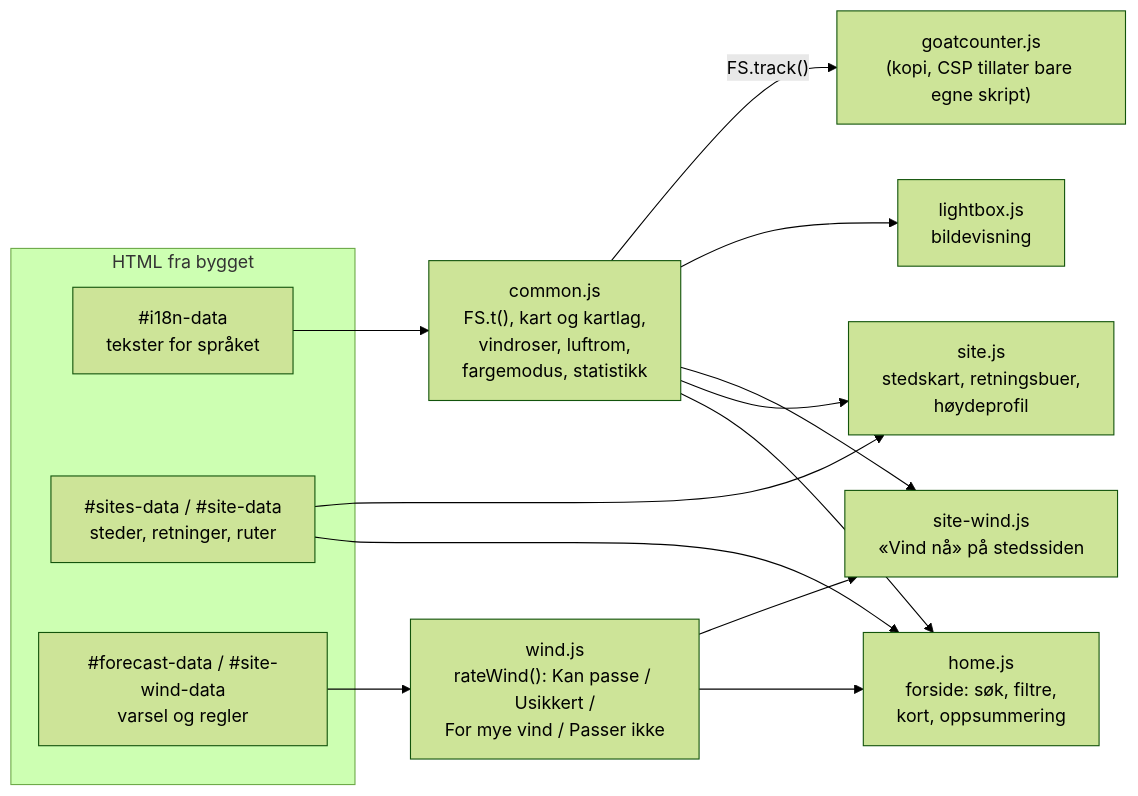
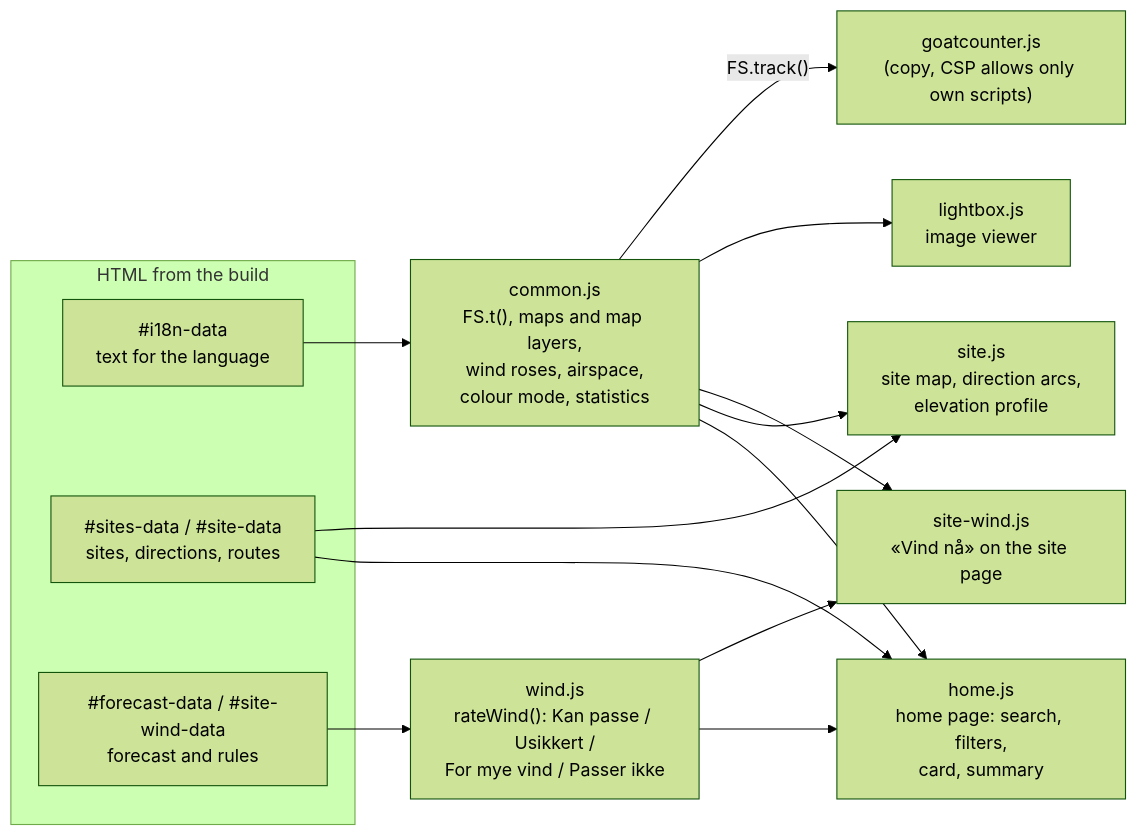
The third of 6 diagrams in docs/architecture.md (hpgt-com/flying-sites), drawn with Mermaid (forest theme) before and after one commit. The commit also changed other lines of this file and 7 other files, not shown here.

````diff
--- a/docs/architecture.md
+++ b/docs/architecture.md
@@ -115,22 +115,22 @@
 ```mermaid
 flowchart LR
-  subgraph page["HTML fra bygget"]
-    j1["#i18n-data<br/>tekster for språket"]
-    j2["#sites-data / #site-data<br/>steder, retninger, ruter"]
-    j3["#forecast-data / #site-wind-data<br/>varsel og regler"]
+  subgraph page["HTML from the build"]
+    j1["#i18n-data<br/>text for the language"]
+    j2["#sites-data / #site-data<br/>sites, directions, routes"]
+    j3["#forecast-data / #site-wind-data<br/>forecast and rules"]
   end
 
-  common["common.js<br/>FS.t(), kart og kartlag,<br/>vindroser, luftrom,<br/>fargemodus, statistikk"]
+  common["common.js<br/>FS.t(), maps and map layers,<br/>wind roses, airspace,<br/>colour mode, statistics"]
   wind["wind.js<br/>rateWind(): Kan passe / Usikkert /<br/>For mye vind / Passer ikke"]
-  home["home.js<br/>forside: søk, filtre,<br/>kort, oppsummering"]
-  site["site.js<br/>stedskart, retningsbuer,<br/>høydeprofil"]
-  sitewind["site-wind.js<br/>«Vind nå» på stedssiden"]
-  lightbox["lightbox.js<br/>bildevisning"]
-  goat["goatcounter.js<br/>(kopi, CSP tillater bare egne skript)"]
+  home["home.js<br/>home page: search, filters,<br/>card, summary"]
+  site["site.js<br/>site map, direction arcs,<br/>elevation profile"]
+  sitewind["site-wind.js<br/>«Vind nå» on the site page"]
+  lightbox["lightbox.js<br/>image viewer"]
+  goat["goatcounter.js<br/>(copy, CSP allows only own scripts)"]
 
   j1 --> common
   common --> home & site & sitewind & lightbox
   j2 --> home & site
   j3 --> wind --> home & sitewind
   common -- "FS.track()" --> goat
 ```
````
